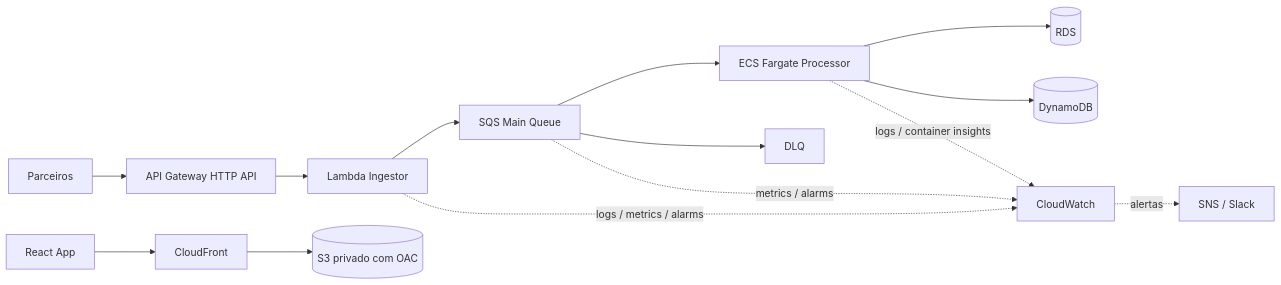
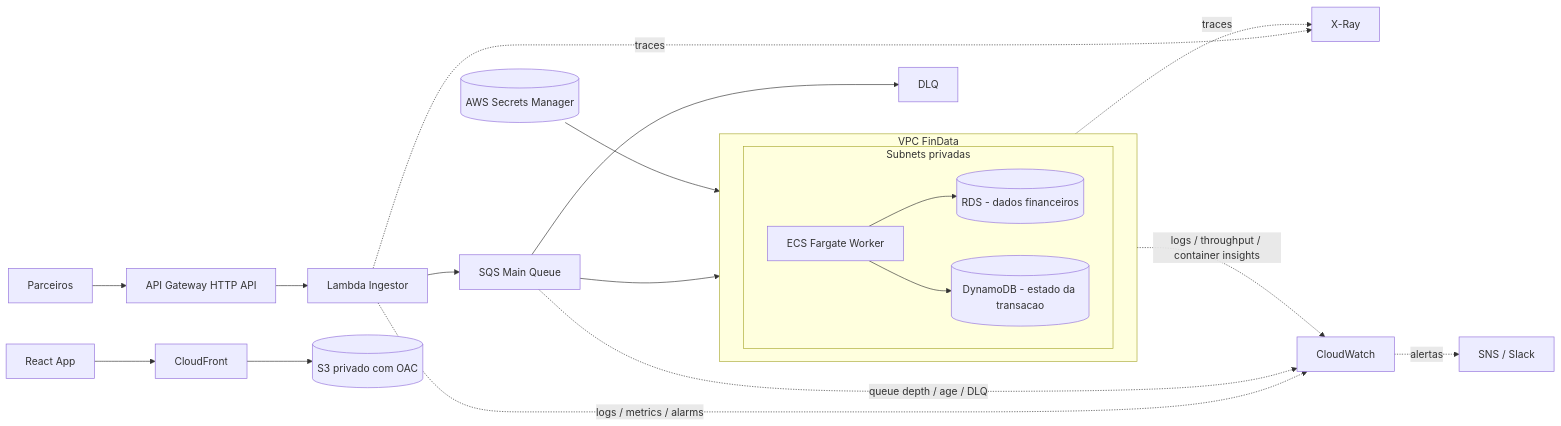
Before and after one commit to matheuscodefabio/FinData-Flow: the diagram in docs/architecture.md, drawn with Mermaid. The commit also changed other lines of this file, not shown here.

Commit message:
expand architecture docs and align rollback strategy

````diff
--- a/docs/architecture.md
+++ b/docs/architecture.md
@@ -3,19 +3,33 @@
 ```mermaid
 flowchart LR
   Partner[Parceiros] --> APIGW[API Gateway HTTP API]
   APIGW --> Lambda[Lambda Ingestor]
+
+  subgraph VPC[VPC FinData]
+    direction LR
+    subgraph PRV[Subnets privadas]
+      ECS[ECS Fargate Worker]
+      RDS[(RDS - dados financeiros)]
+      DDB[(DynamoDB - estado da transacao)]
+    end
+  end
+
   Lambda --> SQS[SQS Main Queue]
-  SQS --> ECS[ECS Fargate Processor]
+  SQS --> ECS
   SQS --> DLQ[DLQ]
 
-  ECS --> RDS[(RDS)]
-  ECS --> DDB[(DynamoDB)]
+  SM[(AWS Secrets Manager)] --> ECS
+  ECS --> RDS
+  ECS --> DDB
+
+  Lambda -. traces .-> XR[X-Ray]
+  ECS -. traces .-> XR
 
   Lambda -. logs / metrics / alarms .-> CW[CloudWatch]
-  SQS -. metrics / alarms .-> CW
-  ECS -. logs / container insights .-> CW
+  SQS -. queue depth / age / DLQ .-> CW
+  ECS -. logs / throughput / container insights .-> CW
   CW -. alertas .-> SNS[SNS / Slack]
 
   Frontend[React App] --> CF[CloudFront]
   CF --> S3[(S3 privado com OAC)]
 ```
````
